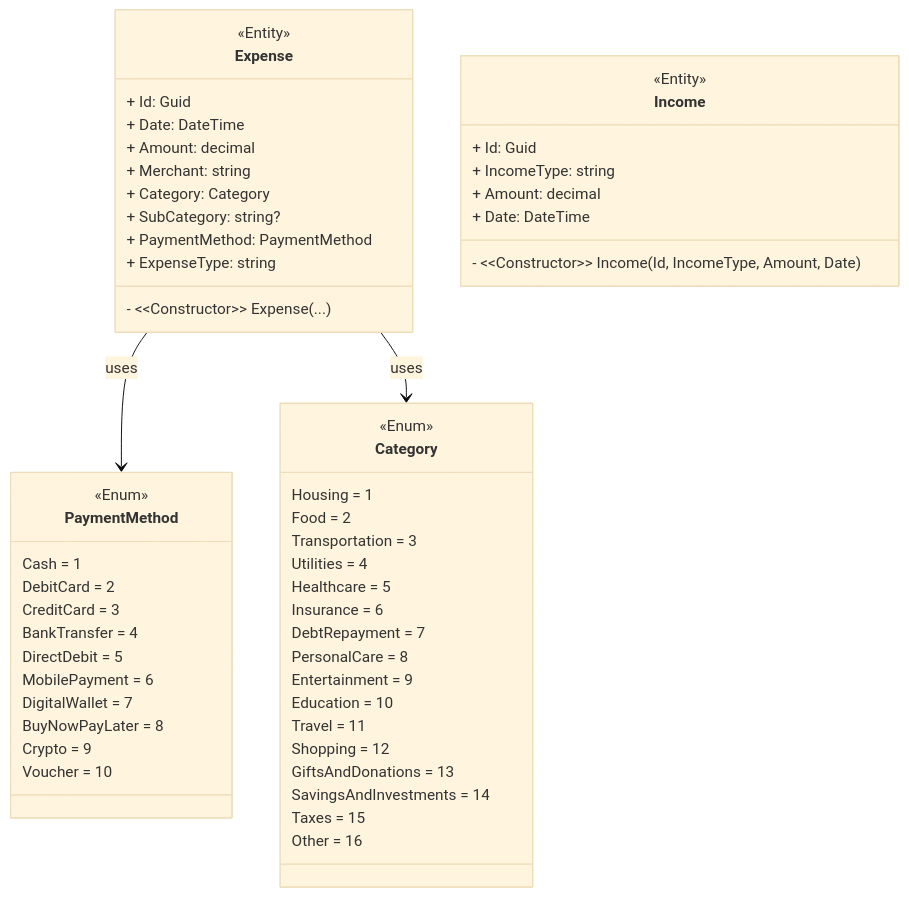
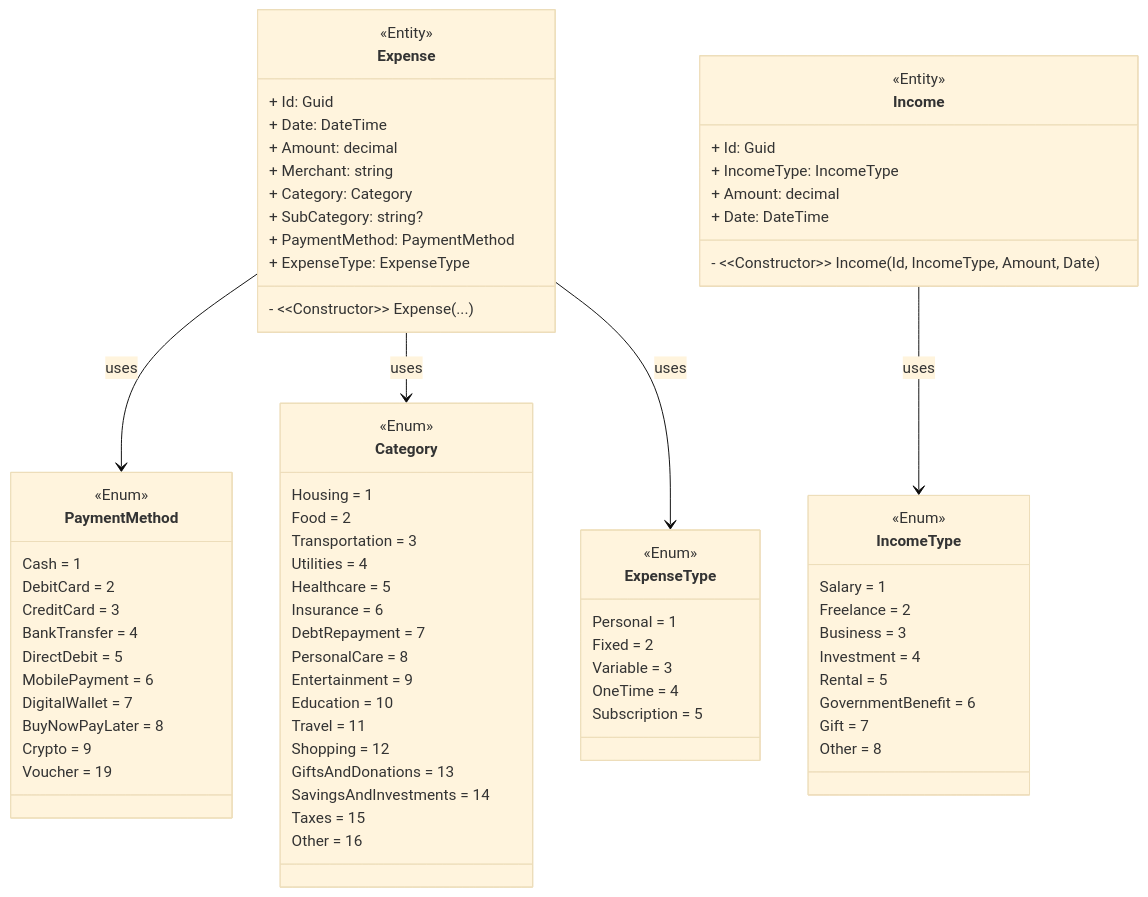
The diagram in README.md (jannikwk/budget-tracker-api), drawn with Mermaid (base theme) before and after one commit. The commit also changed 6 other files, not shown here.

Commit message:
feat: add ExpenseType & IncomeType enums

````diff
--- a/README.md
+++ b/README.md
@@ -14,7 +14,7 @@
         + Category: Category
         + SubCategory: string?
         + PaymentMethod: PaymentMethod
-        + ExpenseType: string
+        + ExpenseType: ExpenseType
         - ~~Constructor~~ Expense(...)
     }
     
@@ -29,8 +29,17 @@
         DigitalWallet = 7
         BuyNowPayLater = 8
         Crypto = 9
-        Voucher = 10
+        Voucher = 19
         
+    }
+
+    class ExpenseType {
+        <<Enum>>
+        Personal = 1
+        Fixed = 2
+        Variable = 3
+        OneTime = 4
+        Subscription = 5
     }
 
     class Category {
@@ -55,13 +64,28 @@
     
     Expense --> PaymentMethod : uses
     Expense --> Category : uses
+    Expense --> ExpenseType : uses
 
     class Income {
         <<Entity>>
         + Id: Guid
-        + IncomeType: string
+        + IncomeType: IncomeType
         + Amount: decimal
         + Date: DateTime
         - ~~Constructor~~ Income(Id, IncomeType, Amount, Date)
     }
+
+    class IncomeType {
+        <<Enum>>
+        Salary = 1
+        Freelance = 2
+        Business = 3
+        Investment = 4
+        Rental = 5
+        GovernmentBenefit = 6
+        Gift = 7
+        Other = 8
+    }
+
+    Income --> IncomeType : uses
 ```
````
